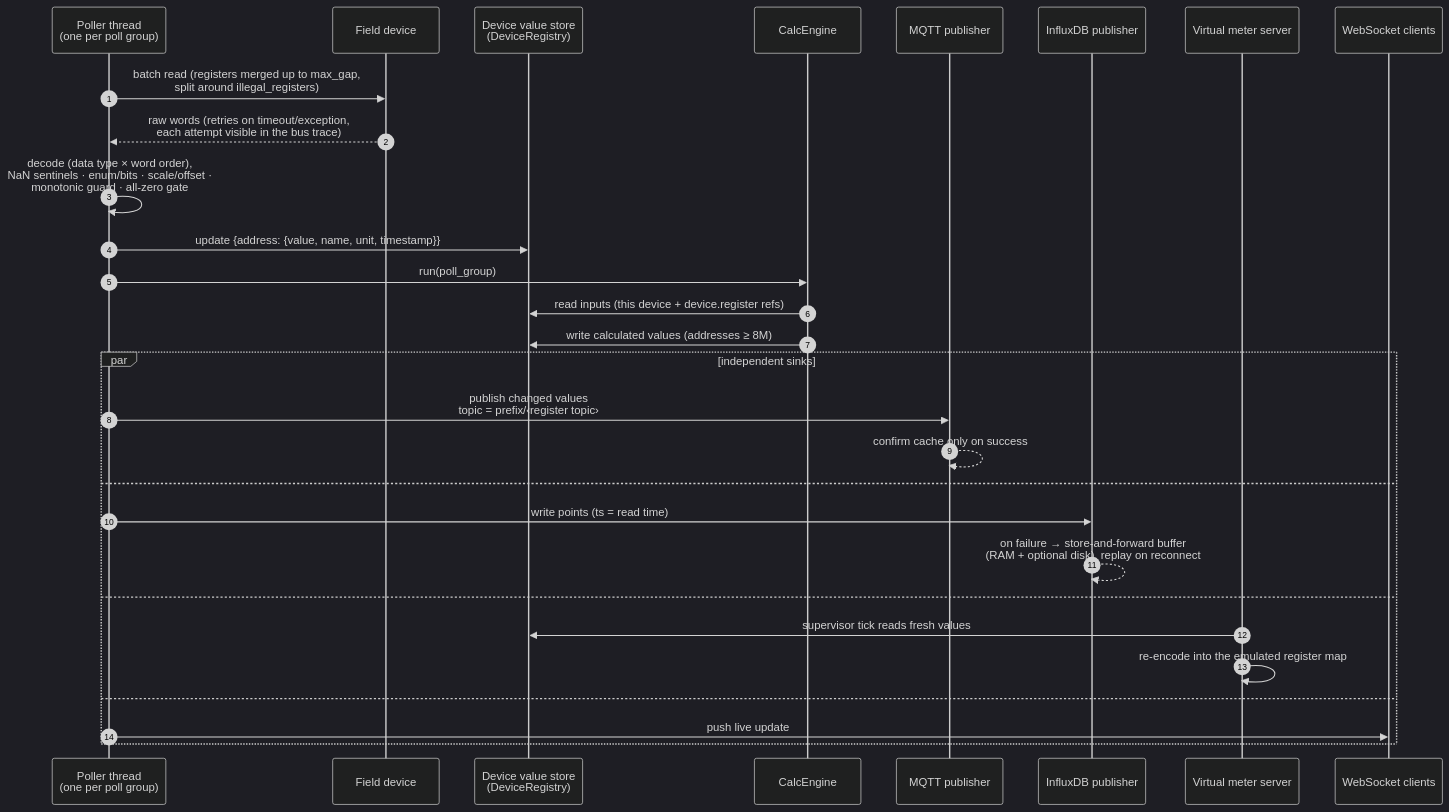
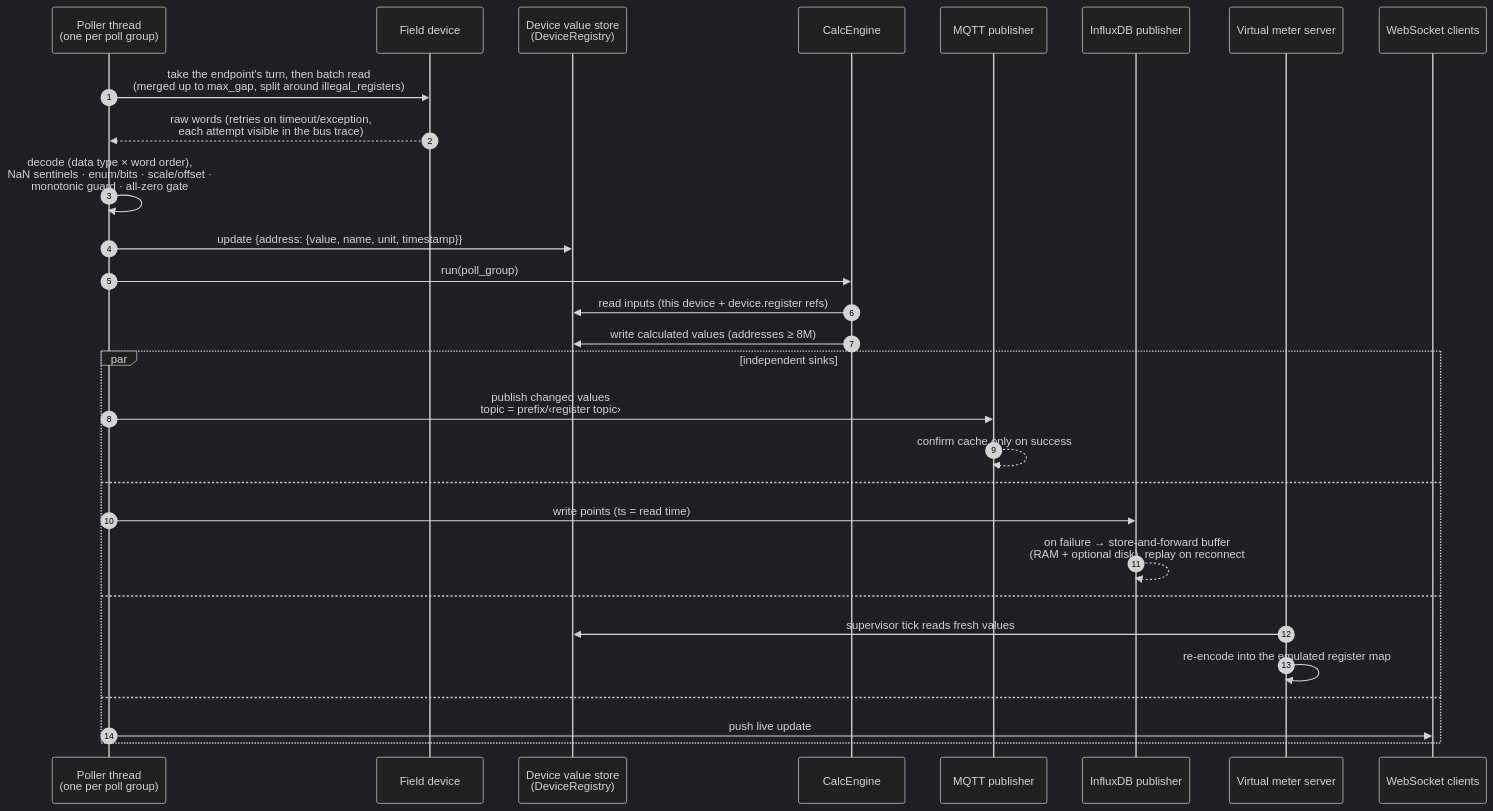
One commit to sm26449/multi-bus-gateway changed the second of 4 diagrams in docs/architecture.md. Above: the diagram before and after it, drawn with Mermaid (dark theme). The commit also changed 4 other files, not shown here.

````diff
--- a/docs/architecture.md
+++ b/docs/architecture.md
@@ -333,32 +333,32 @@
 ```mermaid
 sequenceDiagram
     autonumber
     participant PG as Poller thread<br/>(one per poll group)
     participant DEV as Field device
     participant ST as Device value store<br/>(DeviceRegistry)
     participant CE as CalcEngine
     participant MQ as MQTT publisher
     participant IX as InfluxDB publisher
     participant VM as Virtual meter server
     participant WS as WebSocket clients
 
-    PG->>DEV: batch read (registers merged up to max_gap,<br/>split around illegal_registers)
+    PG->>DEV: take the endpoint's turn, then batch read<br/>(merged up to max_gap, split around illegal_registers)
     DEV-->>PG: raw words (retries on timeout/exception,<br/>each attempt visible in the bus trace)
     PG->>PG: decode (data type × word order),<br/>NaN sentinels · enum/bits · scale/offset ·<br/>monotonic guard · all-zero gate
     PG->>ST: update {address: {value, name, unit, timestamp}}
     PG->>CE: run(poll_group)
     CE->>ST: read inputs (this device + device.register refs)
     CE->>ST: write calculated values (addresses ≥ 8M)
     par independent sinks
         PG->>MQ: publish changed values<br/>topic = prefix/‹register topic›
         MQ-->>MQ: confirm cache only on success
     and
         PG->>IX: write points (ts = read time)
         IX-->>IX: on failure → store-and-forward buffer<br/>(RAM + optional disk), replay on reconnect
     and
         VM->>ST: supervisor tick reads fresh values
         VM->>VM: re-encode into the emulated register map
     and
         PG->>WS: push live update
     end
 ```
````
